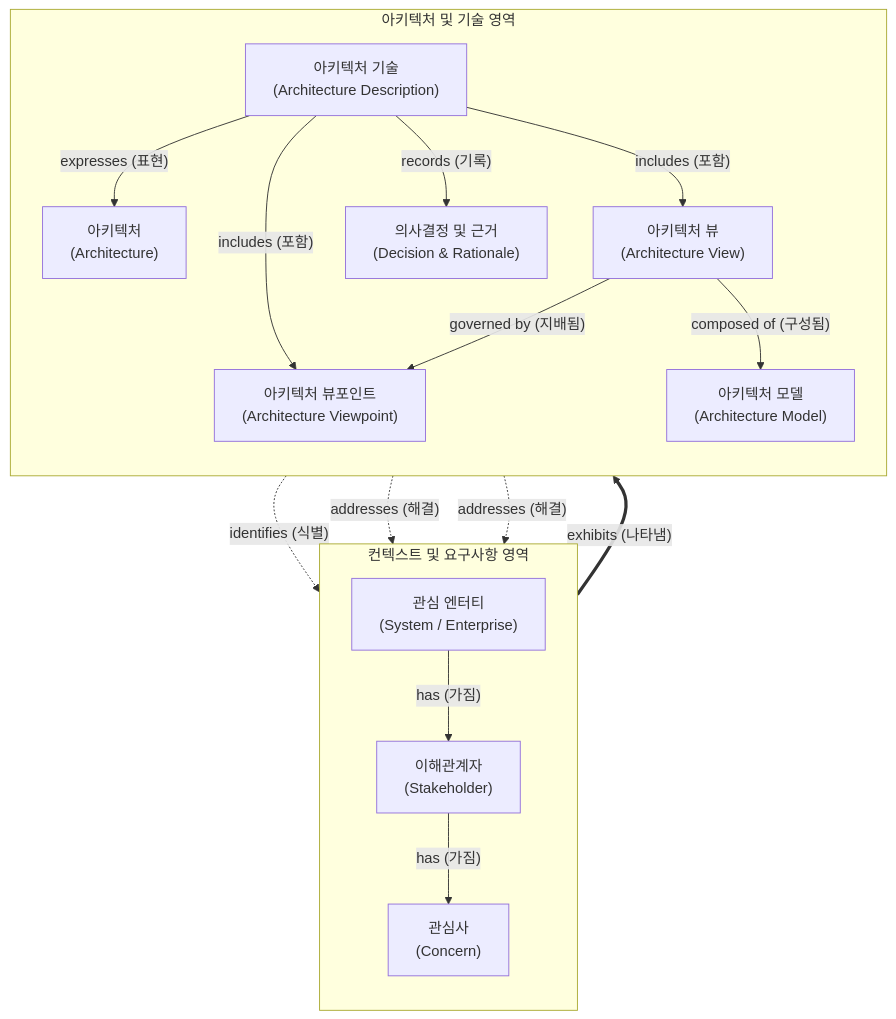
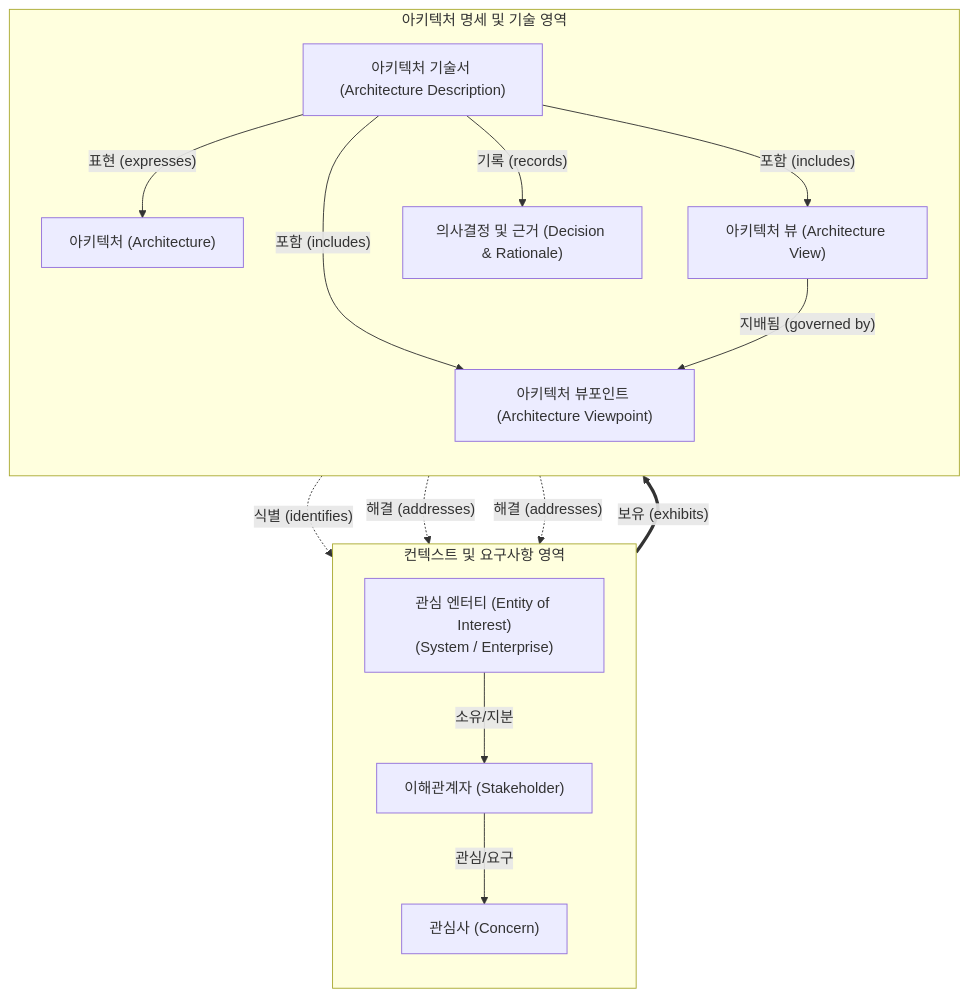
Before and after one commit to supremethumb/supremethumb.github.io: the diagram in content/01_IT Tech/ISO IEC IEEE 42010 2022.md, drawn with Mermaid. The commit also changed other lines of this file and 362 other files, not shown here.

````diff
--- a/content/01_IT Tech/ISO IEC IEEE 42010 2022.md
+++ b/content/01_IT Tech/ISO IEC IEEE 42010 2022.md
@@ -23,36 +31,33 @@
 ```mermaid
 flowchart TB
-    subgraph Context["컨텍스트 및 요구사항 영역"]
+    subgraph Context ["컨텍스트 및 요구사항 영역"]
         direction TB
-        Entity["관심 엔터티<br/>(System / Enterprise)"]
-        SH["이해관계자<br/>(Stakeholder)"]
-        Concern["관심사<br/>(Concern)"]
+        Entity["관심 엔터티 (Entity of Interest)<br/>(System / Enterprise)"]
+        SH["이해관계자 (Stakeholder)"]
+        Concern["관심사 (Concern)"]
         
-        Entity -->|"has (가짐)"| SH
-        SH -->|"has (가짐)"| Concern
+        Entity -->|"소유/지분"| SH
+        SH -->|"관심/요구"| Concern
     end
 
-    subgraph Architecture_Domain["아키텍처 및 기술 영역"]
+    subgraph Architecture_Domain ["아키텍처 명세 및 기술 영역"]
         direction TB
-        Arch["아키텍처<br/>(Architecture)"]
-        AD["아키텍처 기술<br/>(Architecture Description)"]
-        View["아키텍처 뷰<br/>(Architecture View)"]
-        VP["아키텍처 뷰포인트<br/>(Architecture Viewpoint)"]
-        Model["아키텍처 모델<br/>(Architecture Model)"]
-        Decision["의사결정 및 근거<br/>(Decision & Rationale)"]
+        Arch["아키텍처 (Architecture)"]
+        AD["아키텍처 기술서 (Architecture Description)"]
+        View["아키텍처 뷰 (Architecture View)"]
+        VP["아키텍처 뷰포인트 (Architecture Viewpoint)"]
+        Decision["의사결정 및 근거 (Decision & Rationale)"]
 
-        AD -->|"expresses (표현)"| Arch
-        AD -->|"includes (포함)"| View
-        AD -->|"includes (포함)"| VP
-        AD -->|"records (기록)"| Decision
+        AD -->|"표현 (expresses)"| Arch
+        AD -->|"포함 (includes)"| View
+        AD -->|"포함 (includes)"| VP
+        AD -->|"기록 (records)"| Decision
         
-        View -->|"governed by (지배됨)"| VP
-        View -->|"composed of (구성됨)"| Model
+        View -->|"지배됨 (governed by)"| VP
     end
 
-    Entity ==>|"exhibits (나타냄)"| Arch
-    AD -.->|"identifies (식별)"| SH
-    AD -.->|"addresses (해결)"| Concern
-    View -.->|"addresses (해결)"| Concern
-
+    Entity ==>|"보유 (exhibits)"| Arch
+    AD -.->|"식별 (identifies)"| SH
+    AD -.->|"해결 (addresses)"| Concern
+    View -.->|"해결 (addresses)"| Concern
 ```
````
